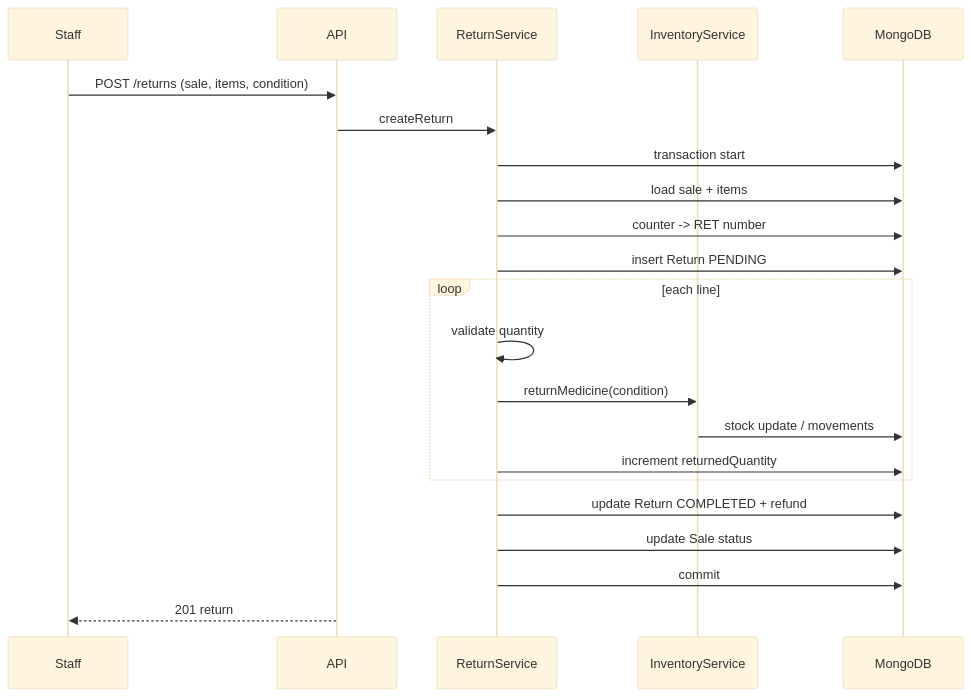
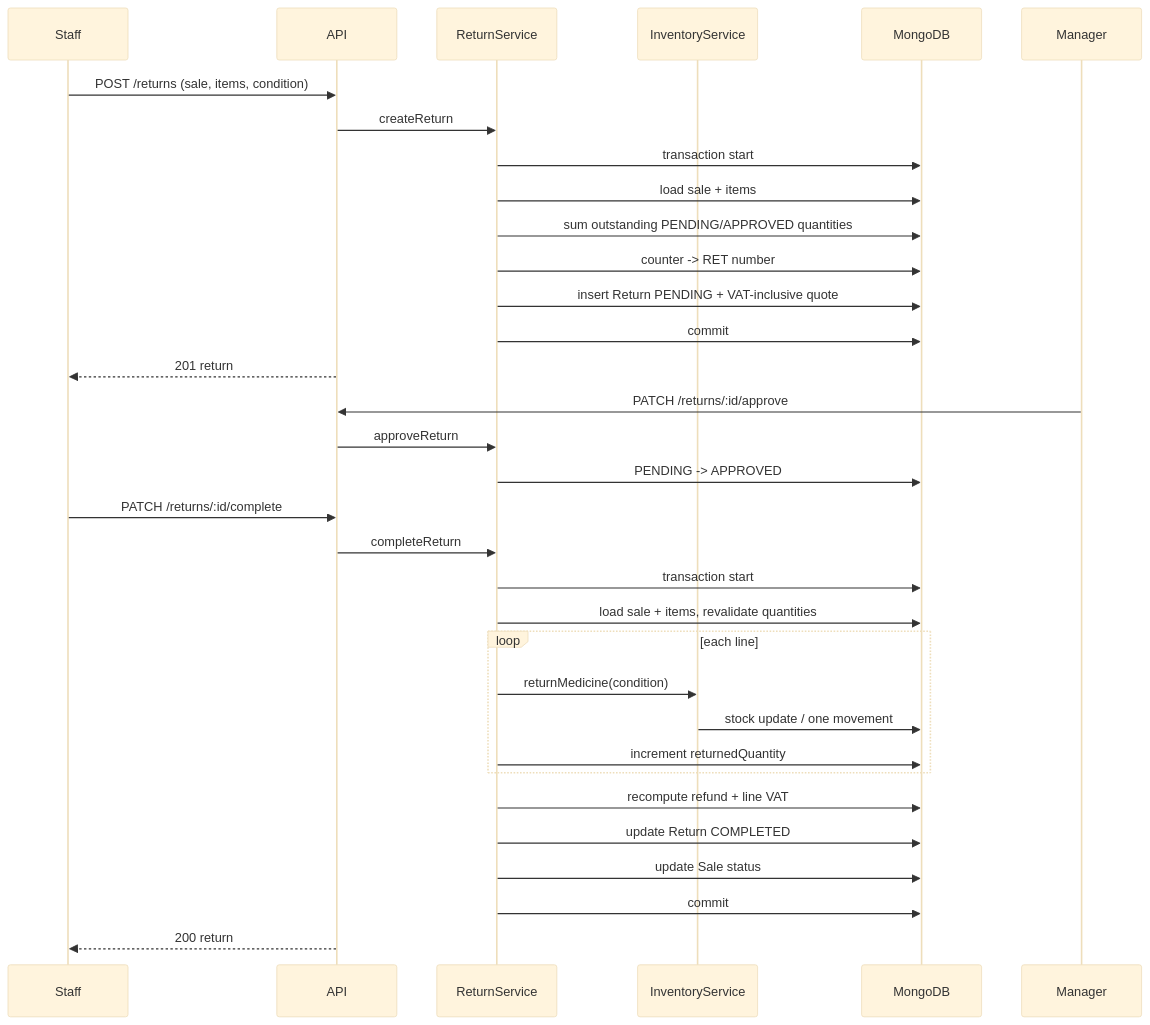
Before and after one commit to aabhushanCD/spims: the fifth of 8 diagrams in server/docs/business-logic/business-workflows.md, drawn with Mermaid (base theme). The commit also changed other lines of this file and 67 other files, not shown here.

````diff
--- a/server/docs/business-logic/business-workflows.md
+++ b/server/docs/business-logic/business-workflows.md
@@ -134,25 +134,37 @@
 ```mermaid
 sequenceDiagram
   participant Staff
   participant API
   participant R as ReturnService
   participant I as InventoryService
   participant DB as MongoDB
 
   Staff->>API: POST /returns (sale, items, condition)
   API->>R: createReturn
   R->>DB: transaction start
   R->>DB: load sale + items
+  R->>DB: sum outstanding PENDING/APPROVED quantities
   R->>DB: counter -> RET number
-  R->>DB: insert Return PENDING
+  R->>DB: insert Return PENDING + VAT-inclusive quote
+  R->>DB: commit
+  API-->>Staff: 201 return
+
+  Manager->>API: PATCH /returns/:id/approve
+  API->>R: approveReturn
+  R->>DB: PENDING -> APPROVED
+
+  Staff->>API: PATCH /returns/:id/complete
+  API->>R: completeReturn
+  R->>DB: transaction start
+  R->>DB: load sale + items, revalidate quantities
   loop each line
-    R->>R: validate quantity
     R->>I: returnMedicine(condition)
-    I->>DB: stock update / movements
+    I->>DB: stock update / one movement
     R->>DB: increment returnedQuantity
   end
-  R->>DB: update Return COMPLETED + refund
+  R->>DB: recompute refund + line VAT
+  R->>DB: update Return COMPLETED
   R->>DB: update Sale status
   R->>DB: commit
-  API-->>Staff: 201 return
+  API-->>Staff: 200 return
 ```
````
